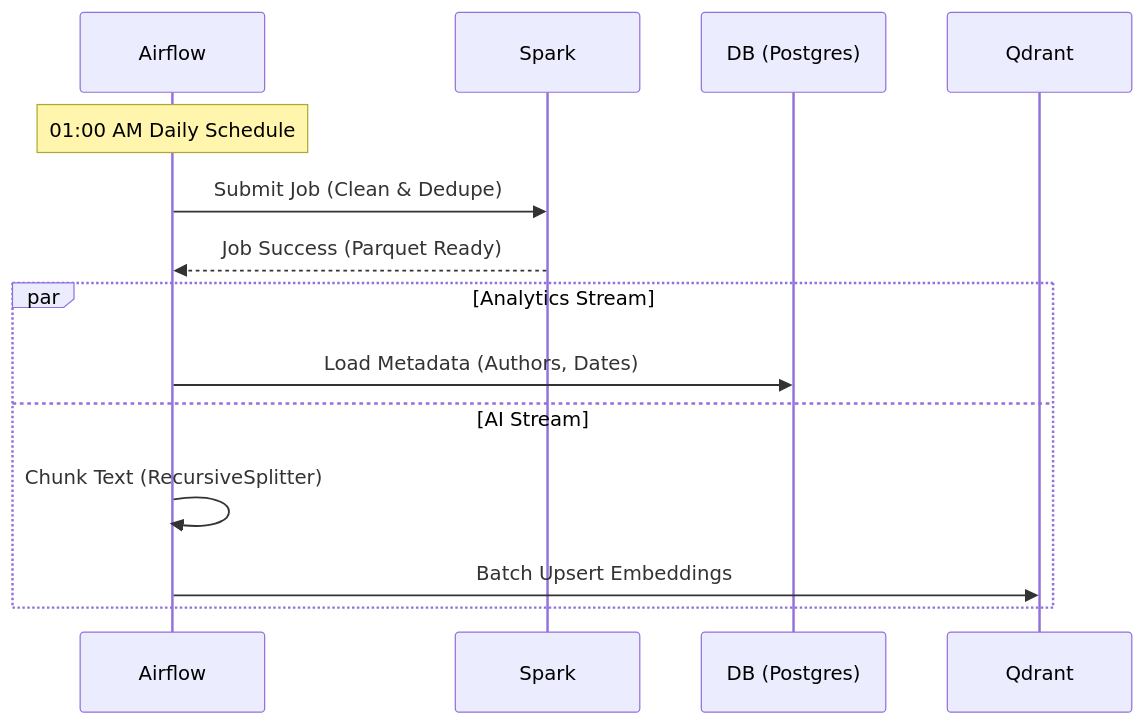
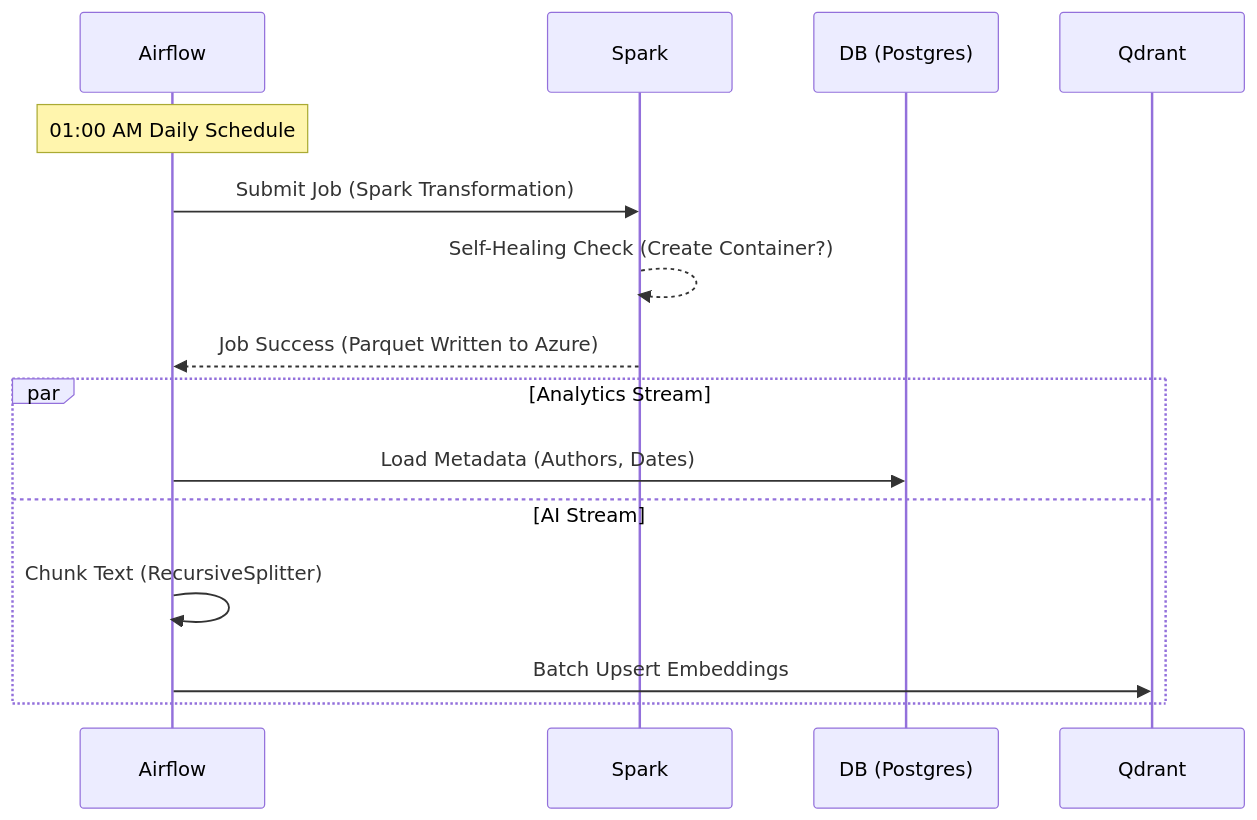
One commit to Nibir1/Pipeline-X changed the second of 2 diagrams in README.md. Above: the diagram before and after it, drawn with Mermaid. The commit also changed other lines of this file and 14 other files, not shown here.

First line of the commit message:
feat: finalize production-grade hybrid data platform architecture

````diff
--- a/README.md
+++ b/README.md
@@ -75,18 +79,20 @@
 ```mermaid
 sequenceDiagram
     participant A as Airflow
     participant S as Spark
     participant D as DB (Postgres)
     participant V as Qdrant
     
     Note over A: 01:00 AM Daily Schedule
-    A->>S: Submit Job (Clean & Dedupe)
-    S-->>A: Job Success (Parquet Ready)
+    A->>S: Submit Job (Spark Transformation)
+    S-->>S: Self-Healing Check (Create Container?)
+    S-->>A: Job Success (Parquet Written to Azure)
     
     par Analytics Stream
         A->>D: Load Metadata (Authors, Dates)
     and AI Stream
         A->>A: Chunk Text (RecursiveSplitter)
         A->>V: Batch Upsert Embeddings
     end
+
 ```
````
